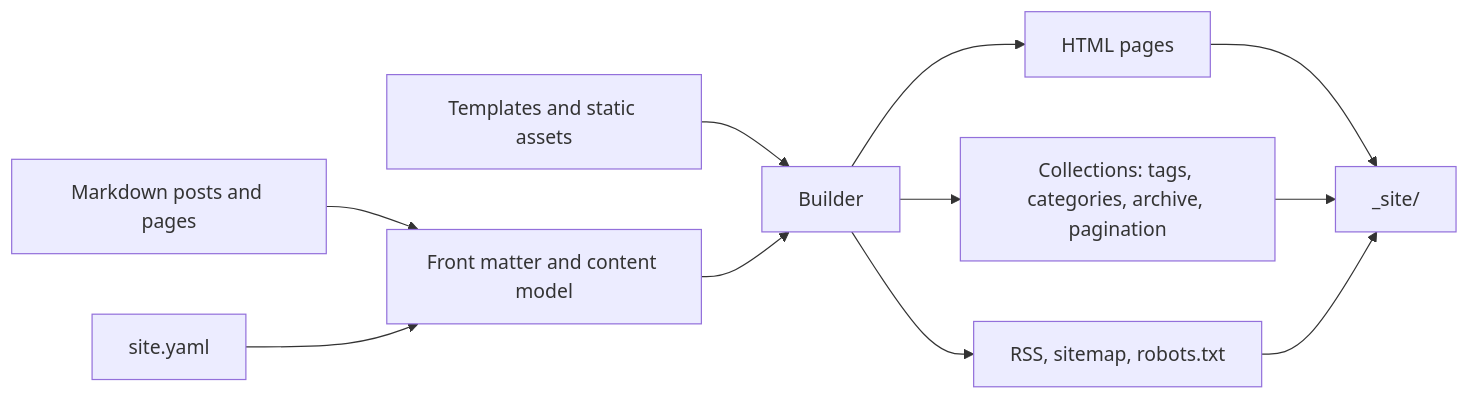
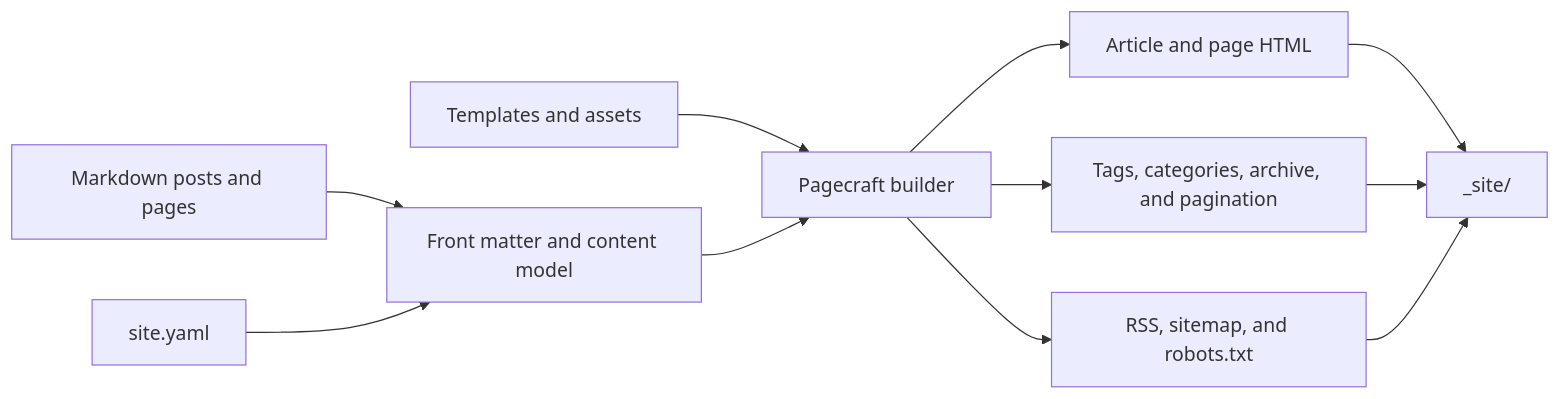
Before and after one commit to vincenzo-afk/Pagecraft: the diagram in README.md, drawn with Mermaid. The commit also changed other lines of this file and 10 other files, not shown here.

````diff
--- a/README.md
+++ b/README.md
@@ -59,13 +53,13 @@
 ```mermaid
 flowchart LR
     A[Markdown posts and pages] --> B[Front matter and content model]
     C[site.yaml] --> B
-    D[Templates and static assets] --> E[Builder]
+    D[Templates and assets] --> E[Pagecraft builder]
     B --> E
-    E --> F[HTML pages]
-    E --> G[Collections: tags, categories, archive, pagination]
-    E --> H[RSS, sitemap, robots.txt]
+    E --> F[Article and page HTML]
+    E --> G[Tags, categories, archive, and pagination]
+    E --> H[RSS, sitemap, and robots.txt]
     F --> I[_site/]
     G --> I
     H --> I
 ```
````
